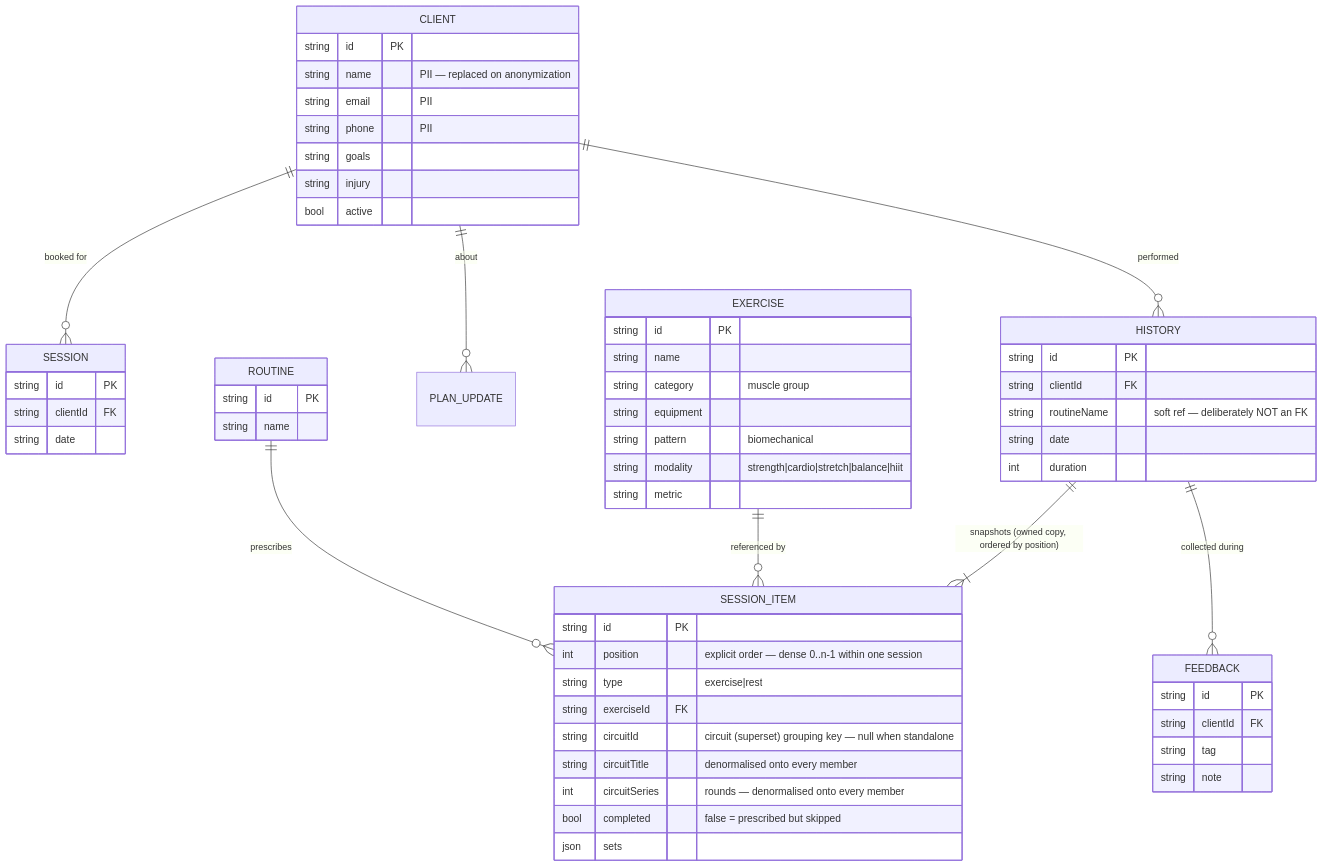
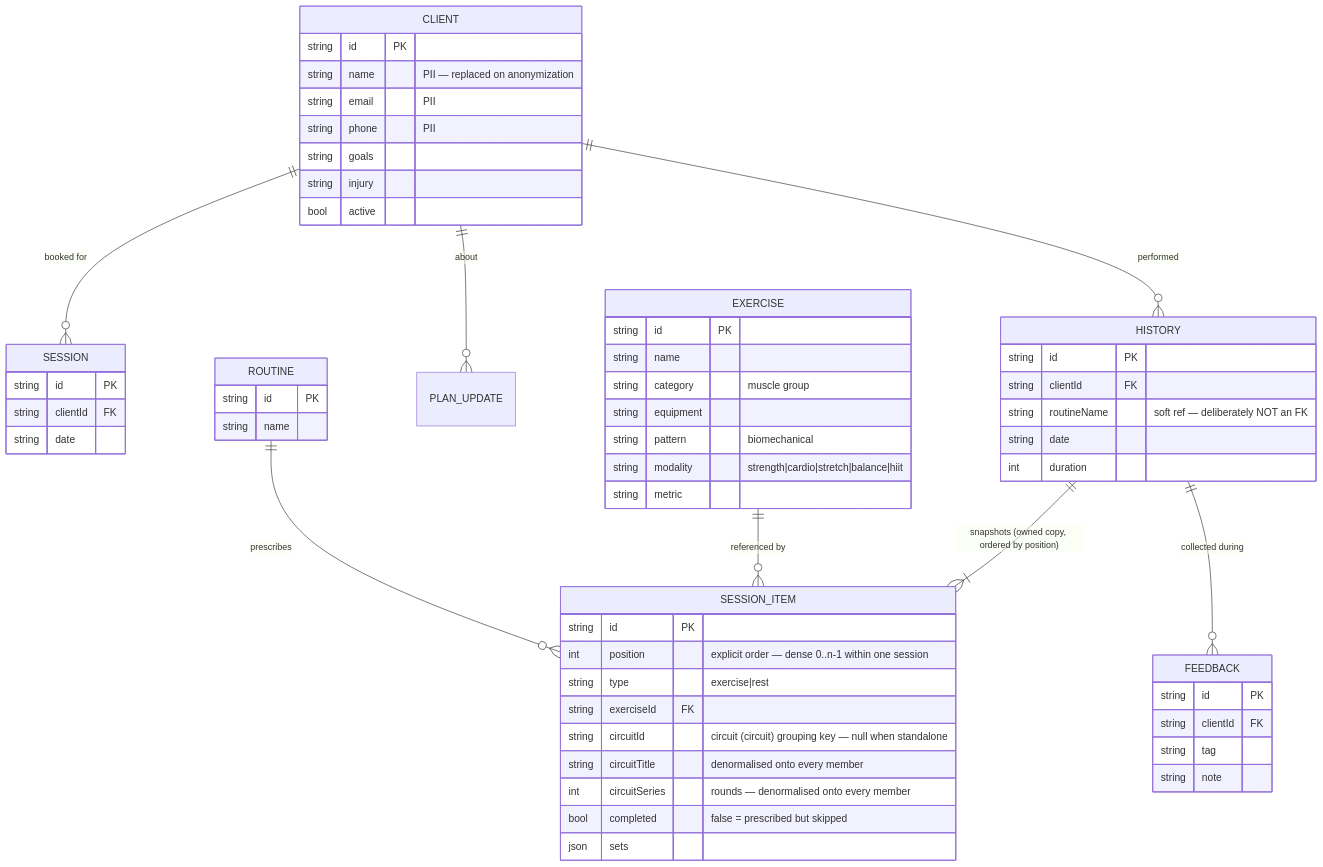
The second of 4 diagrams in docs/DATA_MODEL.md (stutek/LibrePT), drawn with Mermaid before and after one commit. The commit also changed other lines of this file and 31 other files, not shown here.

````diff
--- a/docs/DATA_MODEL.md
+++ b/docs/DATA_MODEL.md
@@ -95,62 +95,62 @@
 ```mermaid
 erDiagram
     CLIENT ||--o{ SESSION : "booked for"
     CLIENT ||--o{ HISTORY : "performed"
     CLIENT ||--o{ PLAN_UPDATE : "about"
     ROUTINE ||--o{ SESSION_ITEM : "prescribes"
     EXERCISE ||--o{ SESSION_ITEM : "referenced by"
     HISTORY ||--|{ SESSION_ITEM : "snapshots (owned copy, ordered by position)"
     HISTORY ||--o{ FEEDBACK : "collected during"
 
     CLIENT {
         string id PK
         string name "PII — replaced on anonymization"
         string email "PII"
         string phone "PII"
         string goals
         string injury
         bool active
     }
     EXERCISE {
         string id PK
         string name
         string category "muscle group"
         string equipment
         string pattern "biomechanical"
         string modality "strength|cardio|stretch|balance|hiit"
         string metric
     }
     ROUTINE {
         string id PK
         string name
     }
     SESSION {
         string id PK
         string clientId FK
         string date
     }
     HISTORY {
         string id PK
         string clientId FK
         string routineName "soft ref — deliberately NOT an FK"
         string date
         int duration
     }
     SESSION_ITEM {
         string id PK
         int position "explicit order — dense 0..n-1 within one session"
         string type "exercise|rest"
         string exerciseId FK
-        string circuitId "circuit (superset) grouping key — null when standalone"
+        string circuitId "circuit (circuit) grouping key — null when standalone"
         string circuitTitle "denormalised onto every member"
         int circuitSeries "rounds — denormalised onto every member"
         bool completed "false = prescribed but skipped"
         json sets
     }
     FEEDBACK {
         string id PK
         string clientId FK
         string tag
         string note
     }
 ```
````
